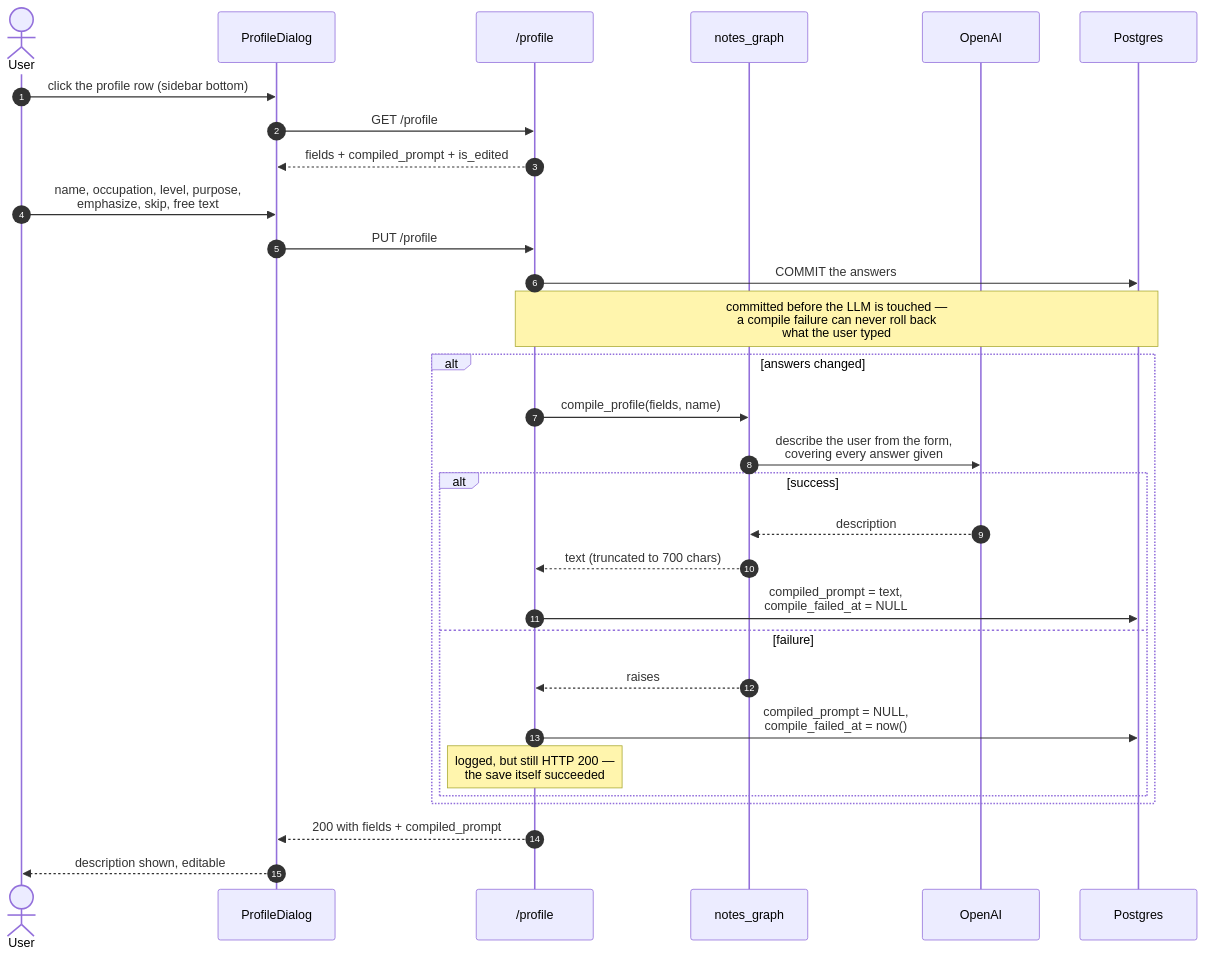
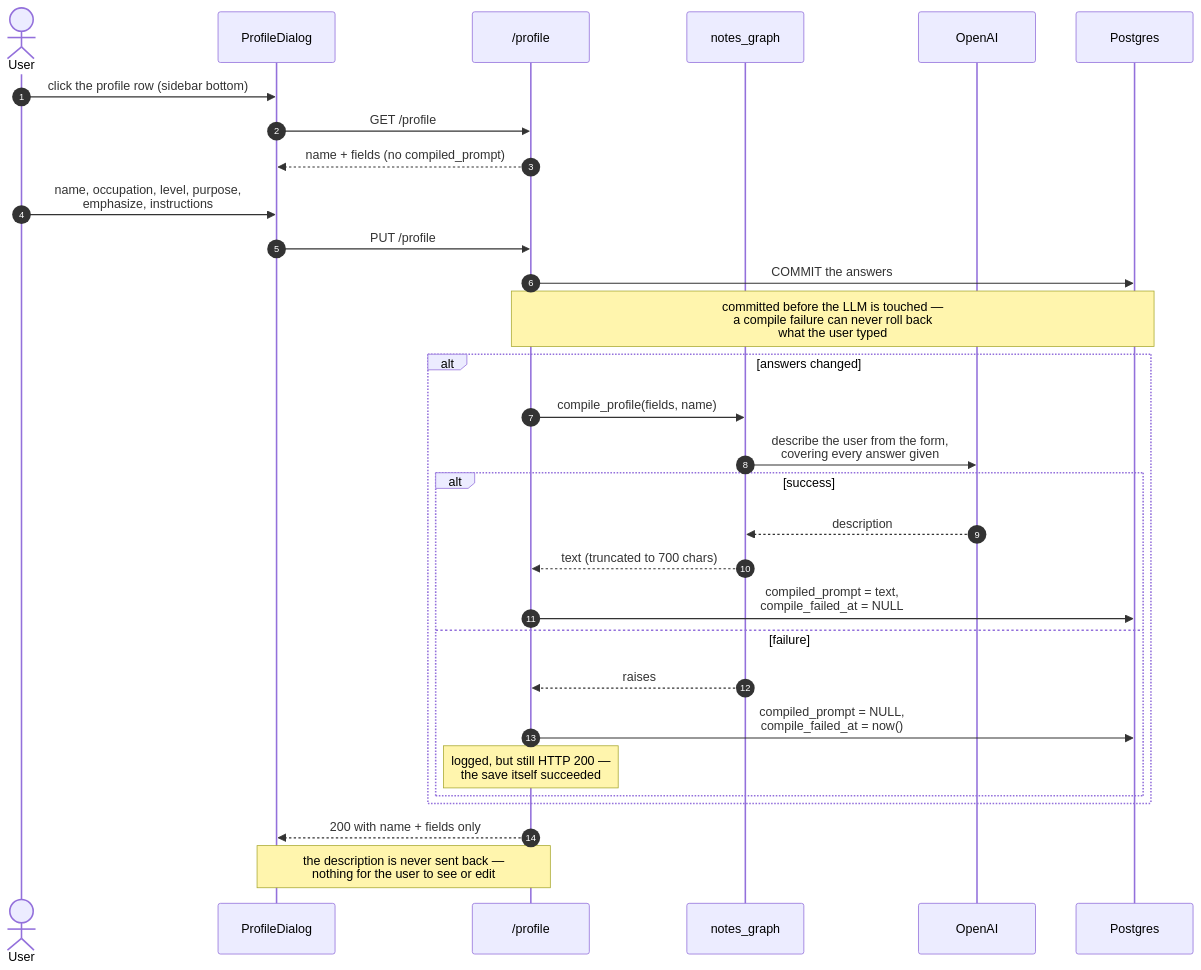
One commit to karlwehbe/AI-Note-taker changed the ninth of 16 diagrams in FLOW.md. Above: the diagram before and after it, drawn with Mermaid. The commit also changed other lines of this file and 1 other file, not shown here.

Commit message:
Updated README.md and FLOW.md

````diff
--- a/FLOW.md
+++ b/FLOW.md
@@ -355,35 +371,35 @@
 ```mermaid
 sequenceDiagram
   autonumber
   actor U as User
   participant D as ProfileDialog
   participant PR as /profile
   participant G as notes_graph
   participant LLM as OpenAI
   participant DB as Postgres
 
   U->>D: click the profile row (sidebar bottom)
   D->>PR: GET /profile
-  PR-->>D: fields + compiled_prompt + is_edited
-  U->>D: name, occupation, level, purpose,<br/>emphasize, skip, free text
+  PR-->>D: name + fields (no compiled_prompt)
+  U->>D: name, occupation, level, purpose,<br/>emphasize, instructions
   D->>PR: PUT /profile
   PR->>DB: COMMIT the answers
   Note over PR,DB: committed before the LLM is touched —<br/>a compile failure can never roll back<br/>what the user typed
 
   alt answers changed
     PR->>G: compile_profile(fields, name)
     G->>LLM: describe the user from the form,<br/>covering every answer given
     alt success
       LLM-->>G: description
       G-->>PR: text (truncated to 700 chars)
       PR->>DB: compiled_prompt = text,<br/>compile_failed_at = NULL
     else failure
       G-->>PR: raises
       PR->>DB: compiled_prompt = NULL,<br/>compile_failed_at = now()
       Note over PR: logged, but still HTTP 200 —<br/>the save itself succeeded
     end
   end
 
-  PR-->>D: 200 with fields + compiled_prompt
-  D-->>U: description shown, editable
+  PR-->>D: 200 with name + fields only
+  Note over PR,D: the description is never sent back —<br/>nothing for the user to see or edit
 ```
````
